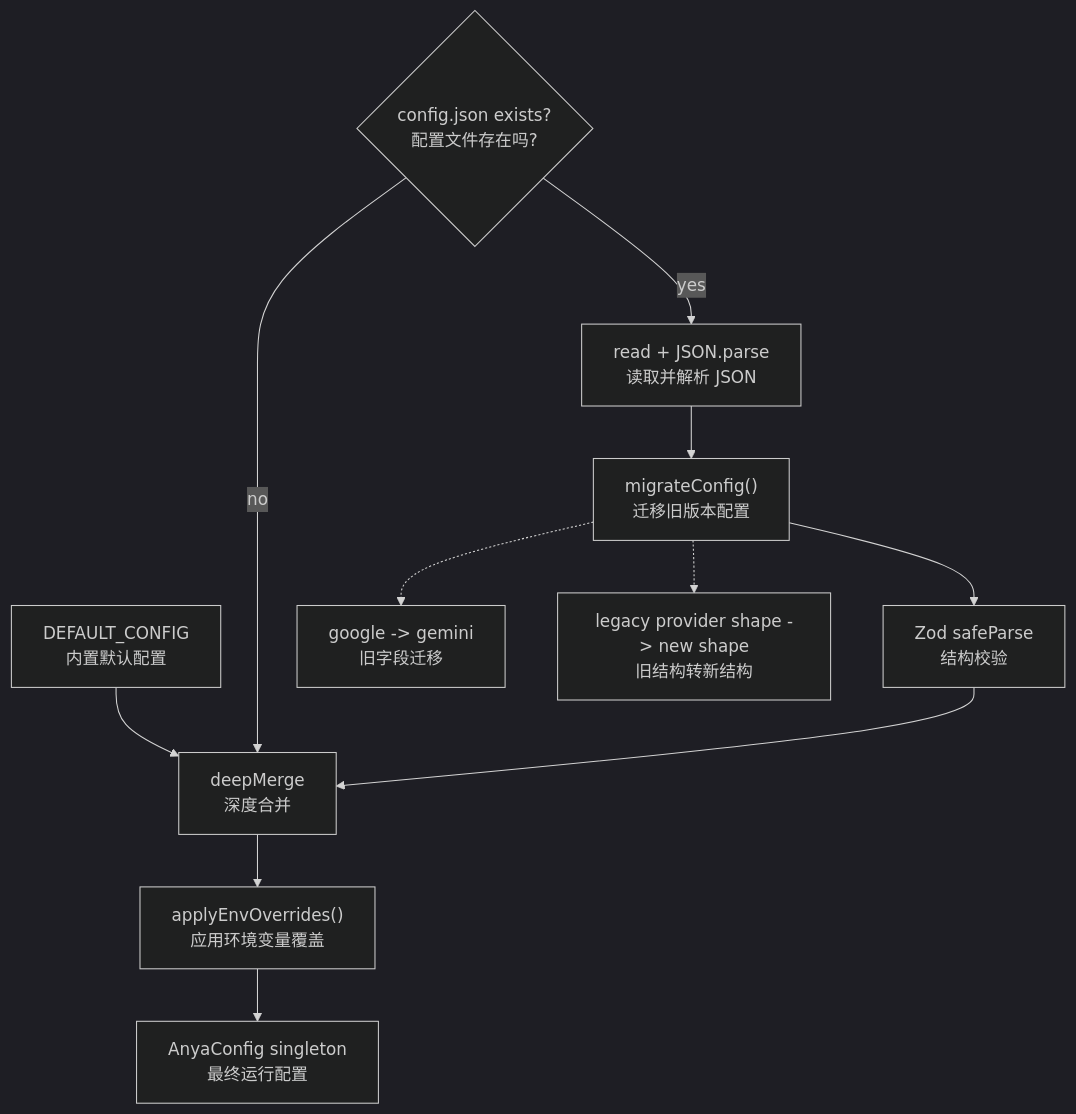
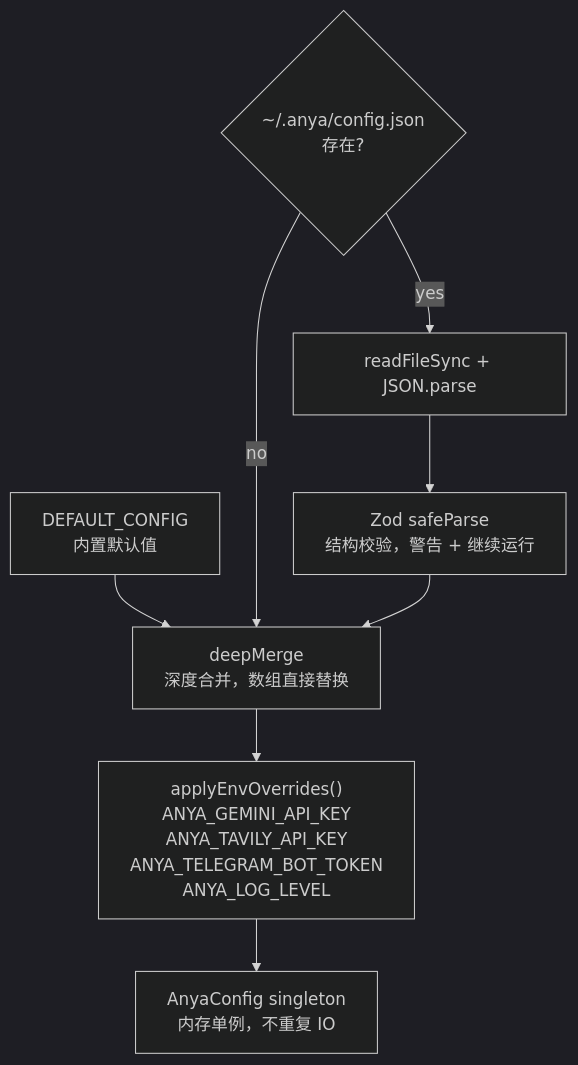
The tenth of 13 diagrams in docs/architecture-diagrams.md (boltguo/anya), drawn with Mermaid (dark theme) before and after one commit. The commit also changed other lines of this file and 21 other files, not shown here.

````diff
--- a/docs/architecture-diagrams.md
+++ b/docs/architecture-diagrams.md
@@ -382,14 +345,10 @@
 ```mermaid
 flowchart TD
-  DEFAULT["DEFAULT_CONFIG\n内置默认配置"] --> MERGE["deepMerge\n深度合并"]
-  FILE{"config.json exists?\n配置文件存在吗?"} -->|yes| READ["read + JSON.parse\n读取并解析 JSON"]
+  D["DEFAULT_CONFIG\n内置默认值"] --> MERGE["deepMerge\n深度合并，数组直接替换"]
+  FILE{"~/.anya/config.json\n存在?"} -->|yes| READ["readFileSync + JSON.parse"]
   FILE -->|no| MERGE
-  READ --> MIGRATE["migrateConfig()\n迁移旧版本配置"]
-  MIGRATE --> VALIDATE["Zod safeParse\n结构校验"]
+  READ --> VALIDATE["Zod safeParse\n结构校验，警告 + 继续运行"]
   VALIDATE --> MERGE
-  MERGE --> ENV["applyEnvOverrides()\n应用环境变量覆盖"]
-  ENV --> FINAL["AnyaConfig singleton\n最终运行配置"]
-
-  MIGRATE -.-> OLD1["google -> gemini\n旧字段迁移"]
-  MIGRATE -.-> OLD2["legacy provider shape -> new shape\n旧结构转新结构"]
+  MERGE --> ENV["applyEnvOverrides()\nANYA_GEMINI_API_KEY\nANYA_TAVILY_API_KEY\nANYA_TELEGRAM_BOT_TOKEN\nANYA_LOG_LEVEL"]
+  ENV --> FINAL["AnyaConfig singleton\n内存单例，不重复 IO"]
 ```
````
